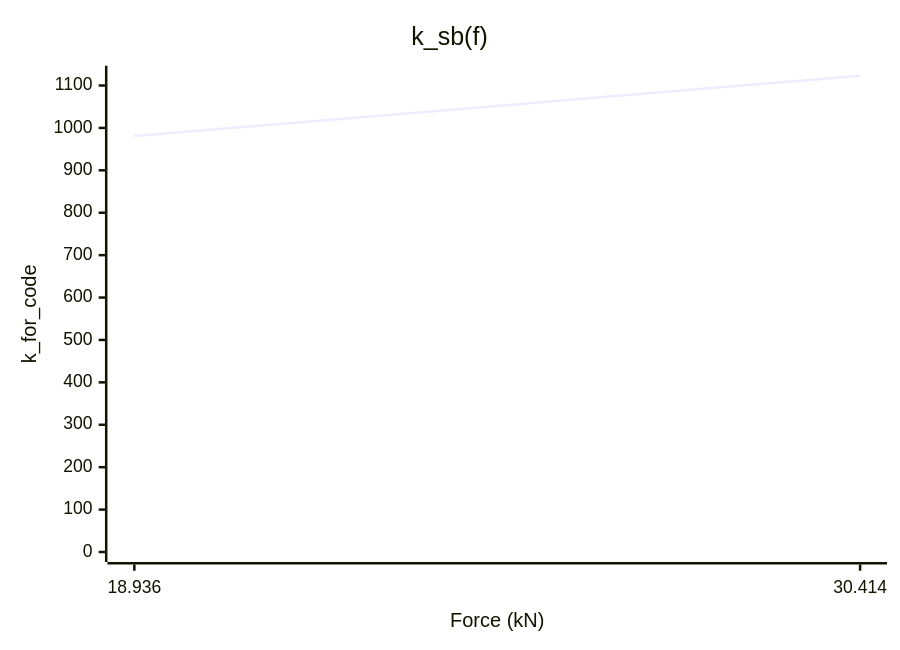
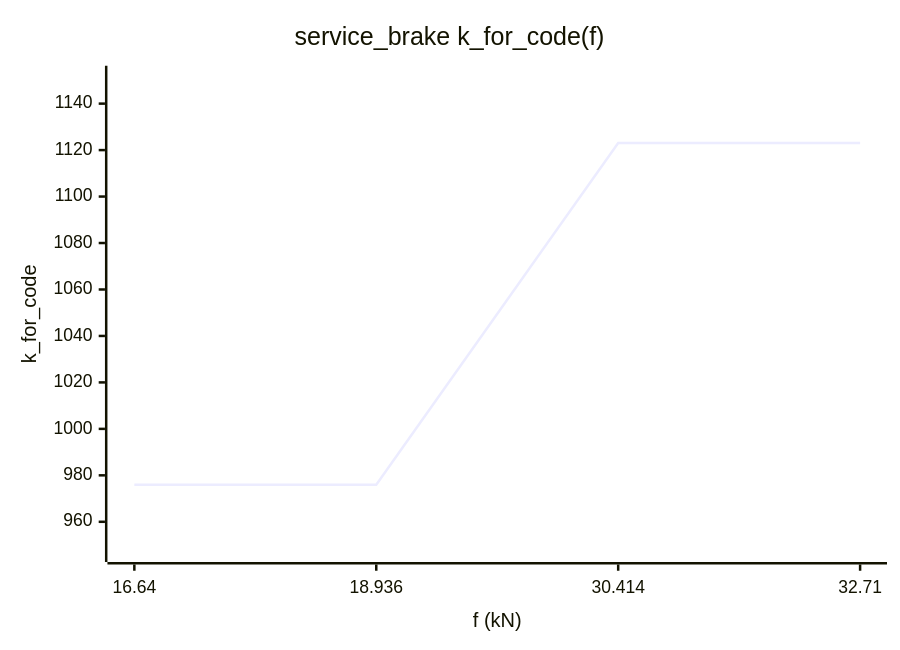
The first of 2 diagrams in out/report.md (diowang13/Brake_Calc), drawn with Mermaid before and after one commit. The commit also changed other lines of this file and 11 other files, not shown here.

````diff
--- a/out/report.md
+++ b/out/report.md
@@ -459,7 +103,7 @@
 ```mermaid
 xychart-beta
-    title "k_sb(f)"
-    x-axis "Force (kN)" [18.936, 30.414]
-    y-axis "k_for_code" 0 --> 1123
-    line [981, 1123]
+    title "service_brake k_for_code(f)"
+    x-axis "f (kN)" [16.64, 18.936, 30.414, 32.71]
+    y-axis "k_for_code" 947 --> 1152
+    line [976, 976, 1123, 1123]
 ```
````
